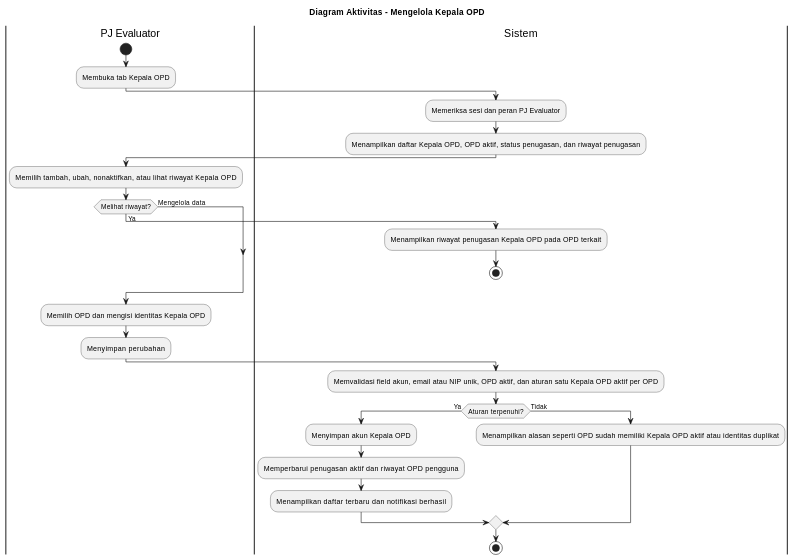
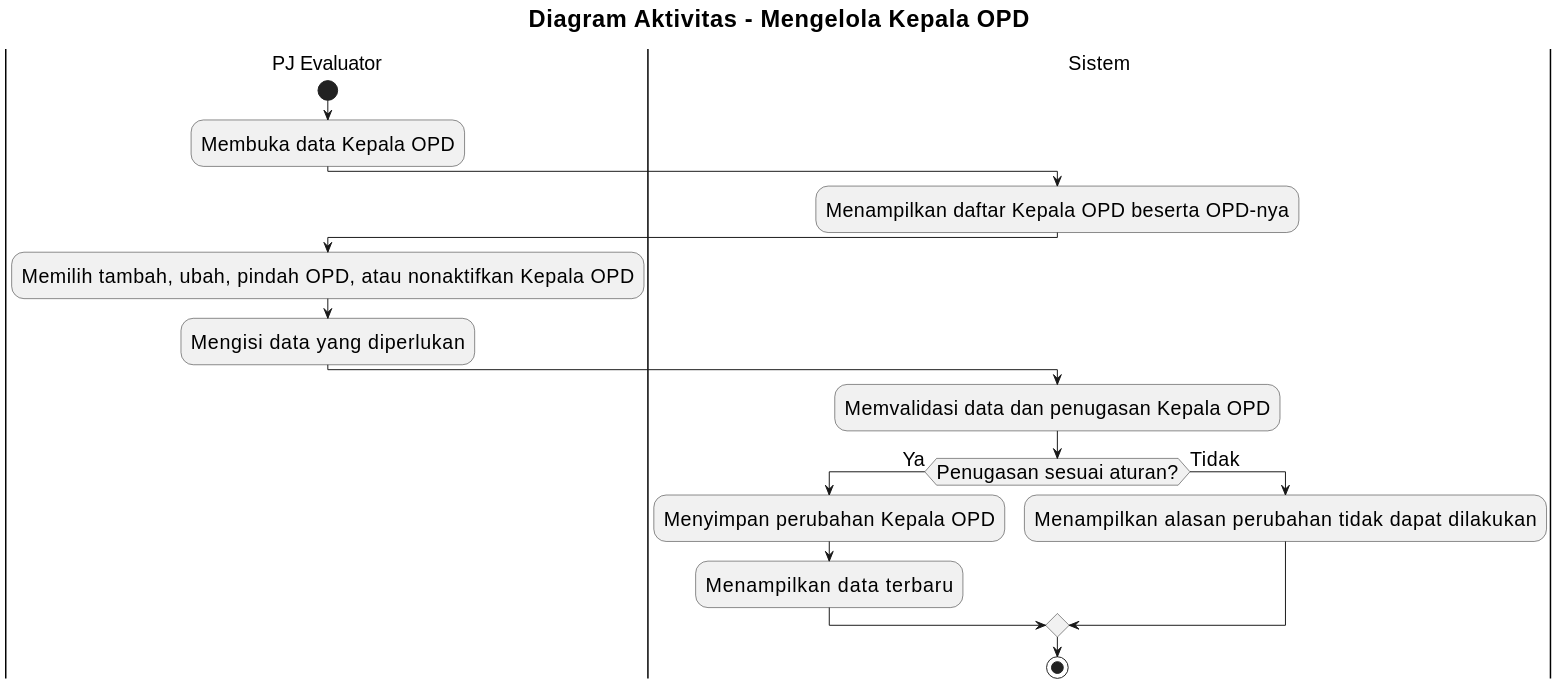
Before and after one commit to howlil/sop-generate-app: the diagram in docs/activity-diagram/lampiran/pj-evaluator-mengelola-kepala-opd.md, drawn with PlantUML. The commit also changed other lines of this file and 20 other files, not shown here.

Commit message:
docs(activity): align all activity diagrams with use cases

````diff
--- a/docs/activity-diagram/lampiran/pj-evaluator-mengelola-kepala-opd.md
+++ b/docs/activity-diagram/lampiran/pj-evaluator-mengelola-kepala-opd.md
@@ -16,40 +16,33 @@
 ```plantuml
 @startuml
+skinparam defaultFontSize 20
+skinparam titleFontSize 24
+skinparam dpi 160
+
 title Diagram Aktivitas - Mengelola Kepala OPD
 
 |PJ Evaluator|
 start
-:Membuka tab Kepala OPD;
+:Membuka data Kepala OPD;
 
 |Sistem|
-:Memeriksa sesi dan peran PJ Evaluator;
-:Menampilkan daftar Kepala OPD, OPD aktif, status penugasan, dan riwayat penugasan;
+:Menampilkan daftar Kepala OPD beserta OPD-nya;
 
 |PJ Evaluator|
-:Memilih tambah, ubah, nonaktifkan, atau lihat riwayat Kepala OPD;
-
-if (Melihat riwayat?) then (Ya)
-  |Sistem|
-  :Menampilkan riwayat penugasan Kepala OPD pada OPD terkait;
-  stop
-else (Mengelola data)
-endif
-
-|PJ Evaluator|
-:Memilih OPD dan mengisi identitas Kepala OPD;
-:Menyimpan perubahan;
+:Memilih tambah, ubah, pindah OPD, atau nonaktifkan Kepala OPD;
+:Mengisi data yang diperlukan;
 
 |Sistem|
-:Memvalidasi field akun, email atau NIP unik, OPD aktif, dan aturan satu Kepala OPD aktif per OPD;
+:Memvalidasi data dan penugasan Kepala OPD;
 
-if (Aturan terpenuhi?) then (Ya)
-  :Menyimpan akun Kepala OPD;
-  :Memperbarui penugasan aktif dan riwayat OPD pengguna;
-  :Menampilkan daftar terbaru dan notifikasi berhasil;
+if (Penugasan sesuai aturan?) then (Ya)
+  :Menyimpan perubahan Kepala OPD;
+  :Menampilkan data terbaru;
 else (Tidak)
-  :Menampilkan alasan seperti OPD sudah memiliki Kepala OPD aktif atau identitas duplikat;
+  :Menampilkan alasan perubahan tidak dapat dilakukan;
 endif
 
 stop
+
 @enduml
 ```
````
